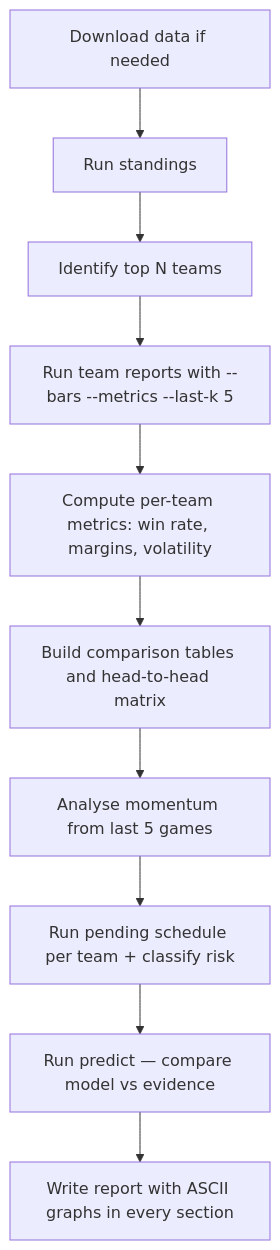
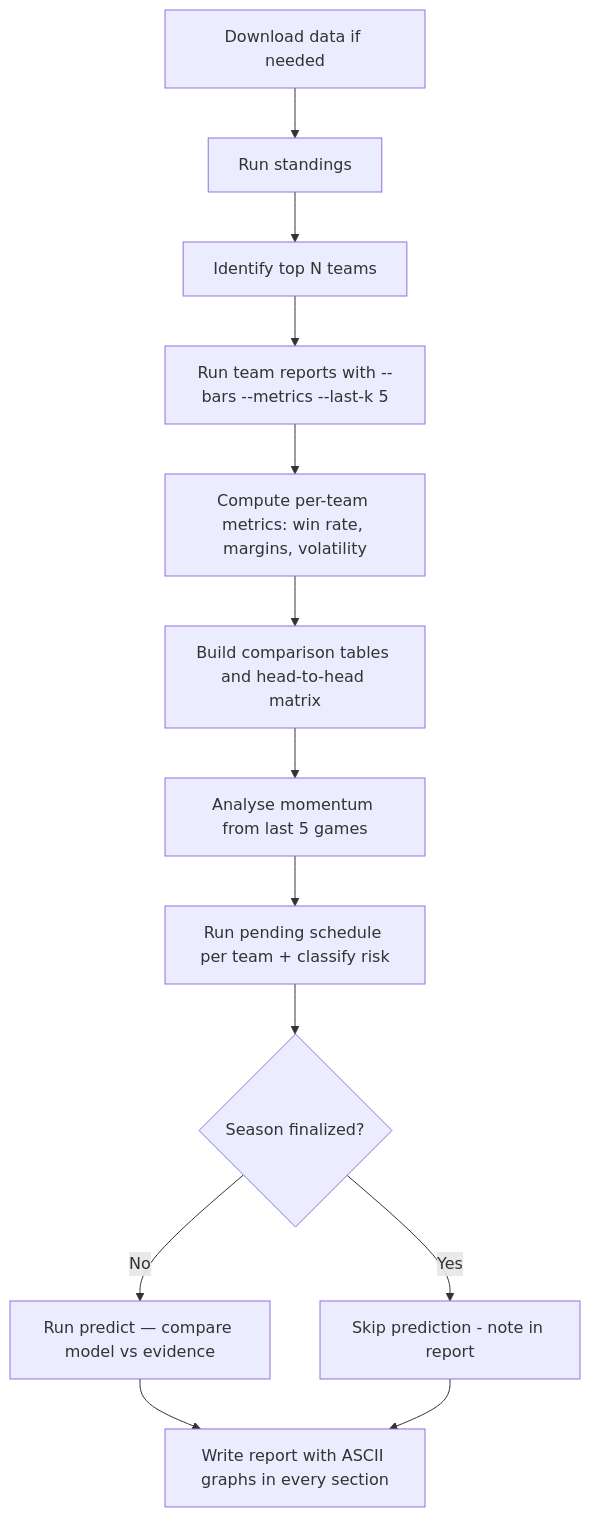
One commit to malvavisc0/korb changed the diagram in skills/SKILL_LEAGUE_TOP_N_ANALYSIS.md. Above: the diagram before and after it, drawn with Mermaid. The commit also changed other lines of this file and 10 other files, not shown here.

````diff
--- a/skills/SKILL_LEAGUE_TOP_N_ANALYSIS.md
+++ b/skills/SKILL_LEAGUE_TOP_N_ANALYSIS.md
@@ -364,12 +382,15 @@
 ```mermaid
 flowchart TD
     Z[Download data if needed] --> A[Run standings]
     A --> B[Identify top N teams]
     B --> C[Run team reports with --bars --metrics --last-k 5]
     C --> D[Compute per-team metrics: win rate, margins, volatility]
     D --> E[Build comparison tables and head-to-head matrix]
     E --> F[Analyse momentum from last 5 games]
     F --> G[Run pending schedule per team + classify risk]
-    G --> H[Run predict — compare model vs evidence]
-    H --> I[Write report with ASCII graphs in every section]
+    G --> H{Season finalized?}
+    H -->|Yes| H1[Skip prediction - note in report]
+    H -->|No| I[Run predict — compare model vs evidence]
+    I --> J[Write report with ASCII graphs in every section]
+    H1 --> J
 ```
````
